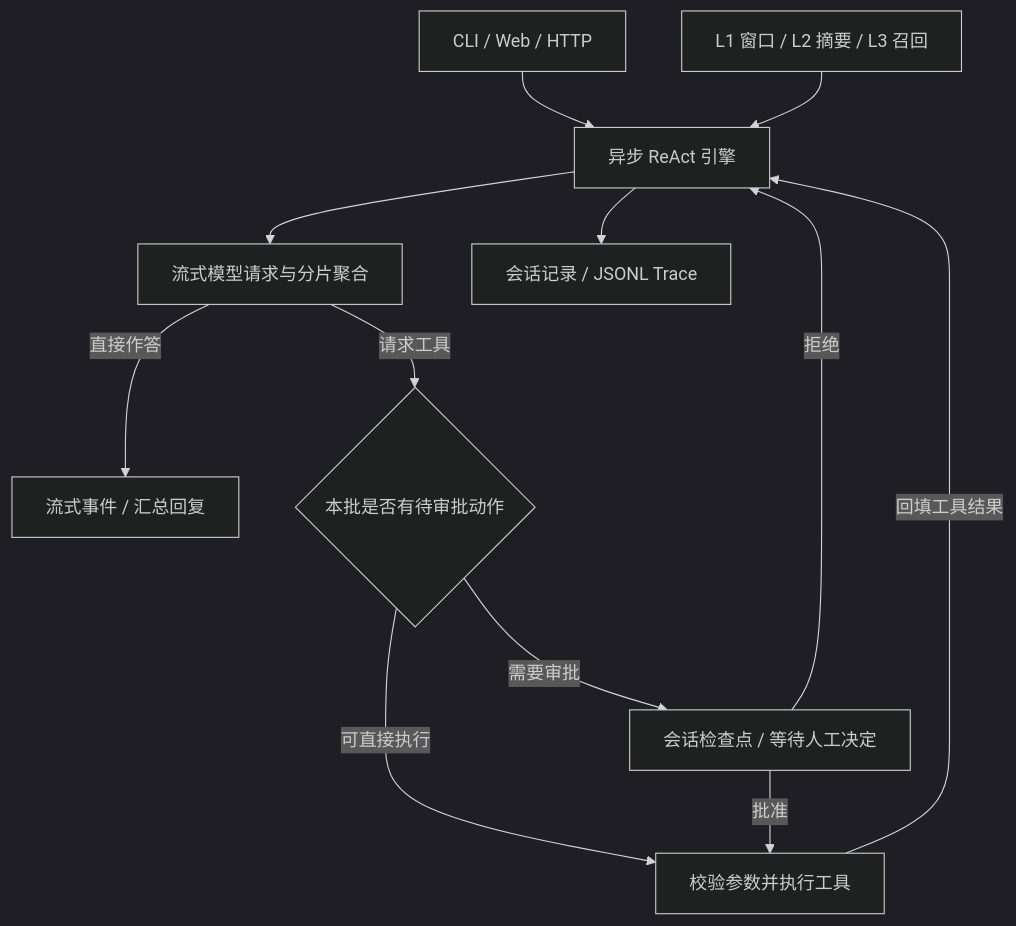
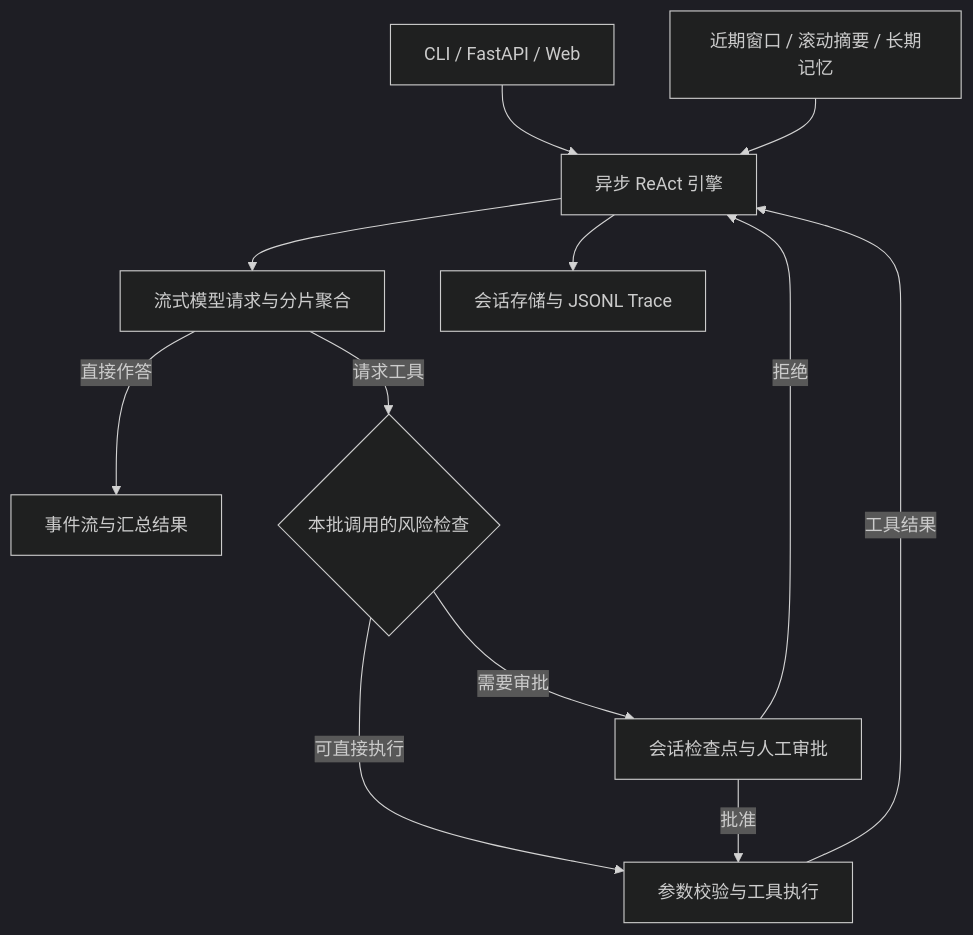
One commit to wq123908/study-agent changed the diagram in README.md. Above: the diagram before and after it, drawn with Mermaid (dark theme). The commit also changed other lines of this file and 1 other file, not shown here.

````diff
--- a/README.md
+++ b/README.md
@@ -19,14 +9,14 @@
 ```mermaid
 flowchart TD
-    client["CLI / Web / HTTP"] --> engine["异步 ReAct 引擎"]
-    memory["L1 窗口 / L2 摘要 / L3 召回"] --> engine
+    entry["CLI / FastAPI / Web"] --> engine["异步 ReAct 引擎"]
+    memory["近期窗口 / 滚动摘要 / 长期记忆"] --> engine
     engine --> model["流式模型请求与分片聚合"]
-    model -->|直接作答| output["流式事件 / 汇总回复"]
-    model -->|请求工具| risk{"本批是否有待审批动作"}
-    risk -->|可直接执行| tools["校验参数并执行工具"]
-    risk -->|需要审批| checkpoint["会话检查点 / 等待人工决定"]
-    checkpoint -->|批准| tools
+    model -->|直接作答| result["事件流与汇总结果"]
+    model -->|请求工具| risk{"本批调用的风险检查"}
+    risk -->|可直接执行| tool["参数校验与工具执行"]
+    risk -->|需要审批| checkpoint["会话检查点与人工审批"]
+    checkpoint -->|批准| tool
     checkpoint -->|拒绝| engine
-    tools -->|回填工具结果| engine
-    engine --> traces["会话记录 / JSONL Trace"]
+    tool -->|工具结果| engine
+    engine --> records["会话存储与 JSONL Trace"]
 ```
````
